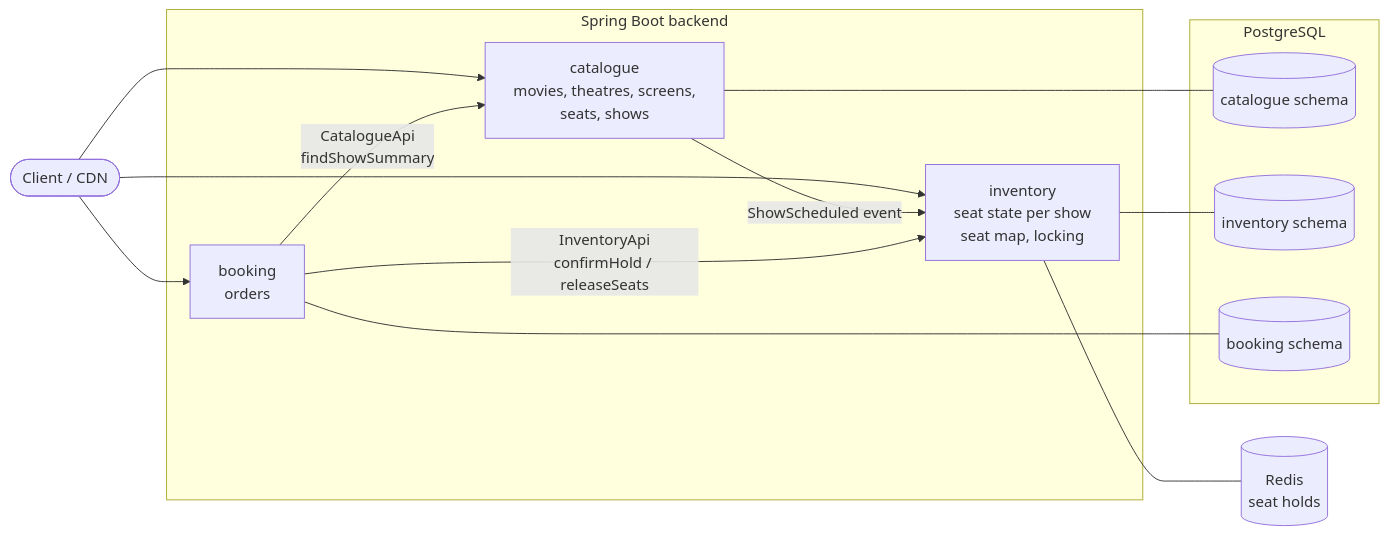
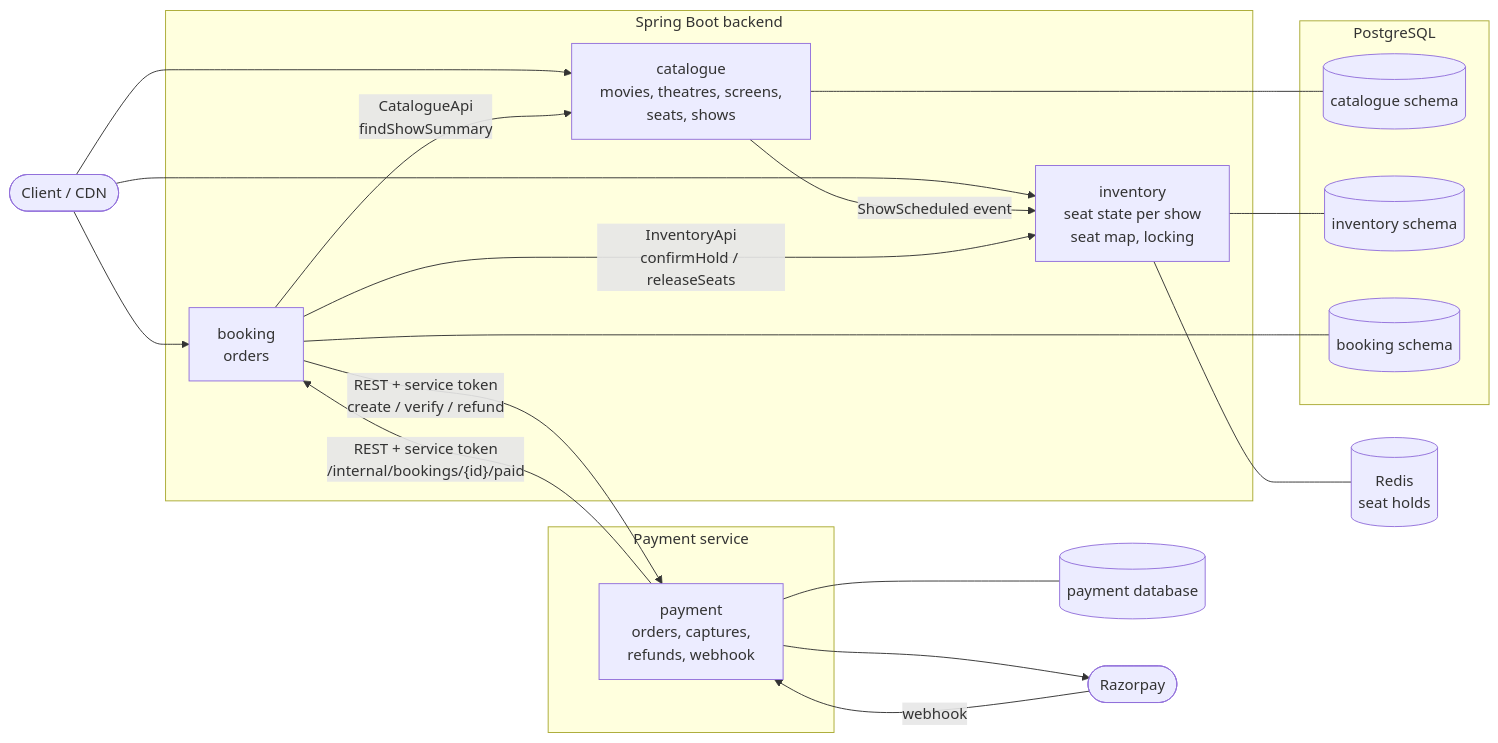
The first of 4 diagrams in README.md (GopiSVDev/seat-lock), drawn with Mermaid before and after one commit. The commit also changed other lines of this file and 147 other files, not shown here.

````diff
--- a/README.md
+++ b/README.md
@@ -130,27 +154,38 @@
 ```mermaid
 flowchart LR
     client([Client / CDN])
 
     subgraph app[Spring Boot backend]
         catalogue[catalogue<br/>movies, theatres, screens,<br/>seats, shows]
         inventory[inventory<br/>seat state per show<br/>seat map, locking]
         booking[booking<br/>orders]
     end
 
     subgraph db[PostgreSQL]
         s1[(catalogue schema)]
         s2[(inventory schema)]
         s3[(booking schema)]
     end
 
     redis[(Redis<br/>seat holds)]
 
+    subgraph pay[Payment service]
+        payment[payment<br/>orders, captures,<br/>refunds, webhook]
+    end
+    paydb[(payment database)]
+    razorpay([Razorpay])
+
     client --> catalogue & inventory & booking
+    booking -- "REST + service token<br/>create / verify / refund" --> payment
+    payment -- "REST + service token<br/>/internal/bookings/{id}/paid" --> booking
+    payment --> razorpay
+    razorpay -- "webhook" --> payment
+    payment --- paydb
     catalogue -- "ShowScheduled event" --> inventory
     booking -- "InventoryApi<br/>confirmHold / releaseSeats" --> inventory
     booking -- "CatalogueApi<br/>findShowSummary" --> catalogue
     catalogue --- s1
     inventory --- s2
     inventory --- redis
     booking --- s3
 ```
````
